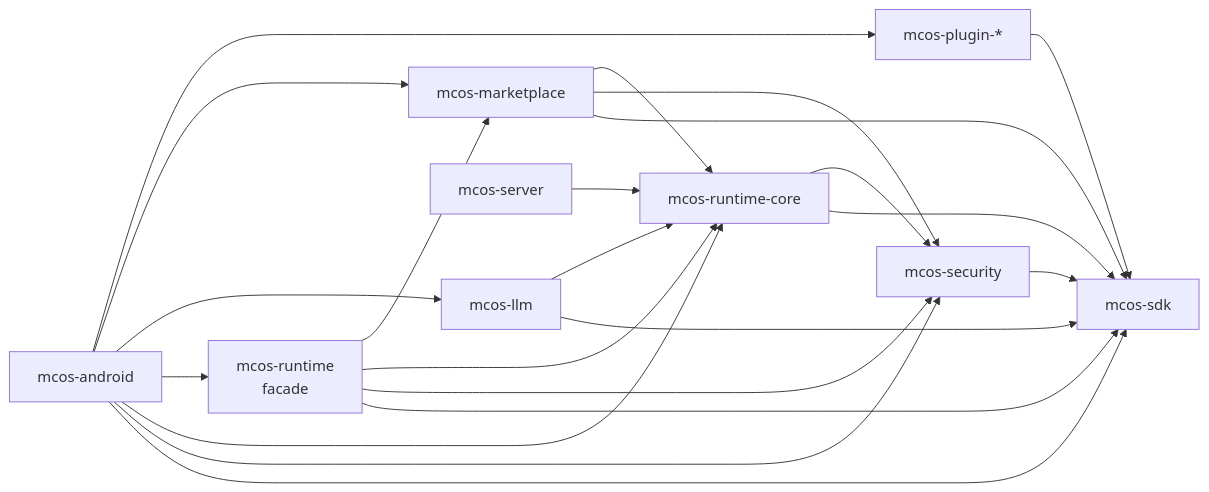
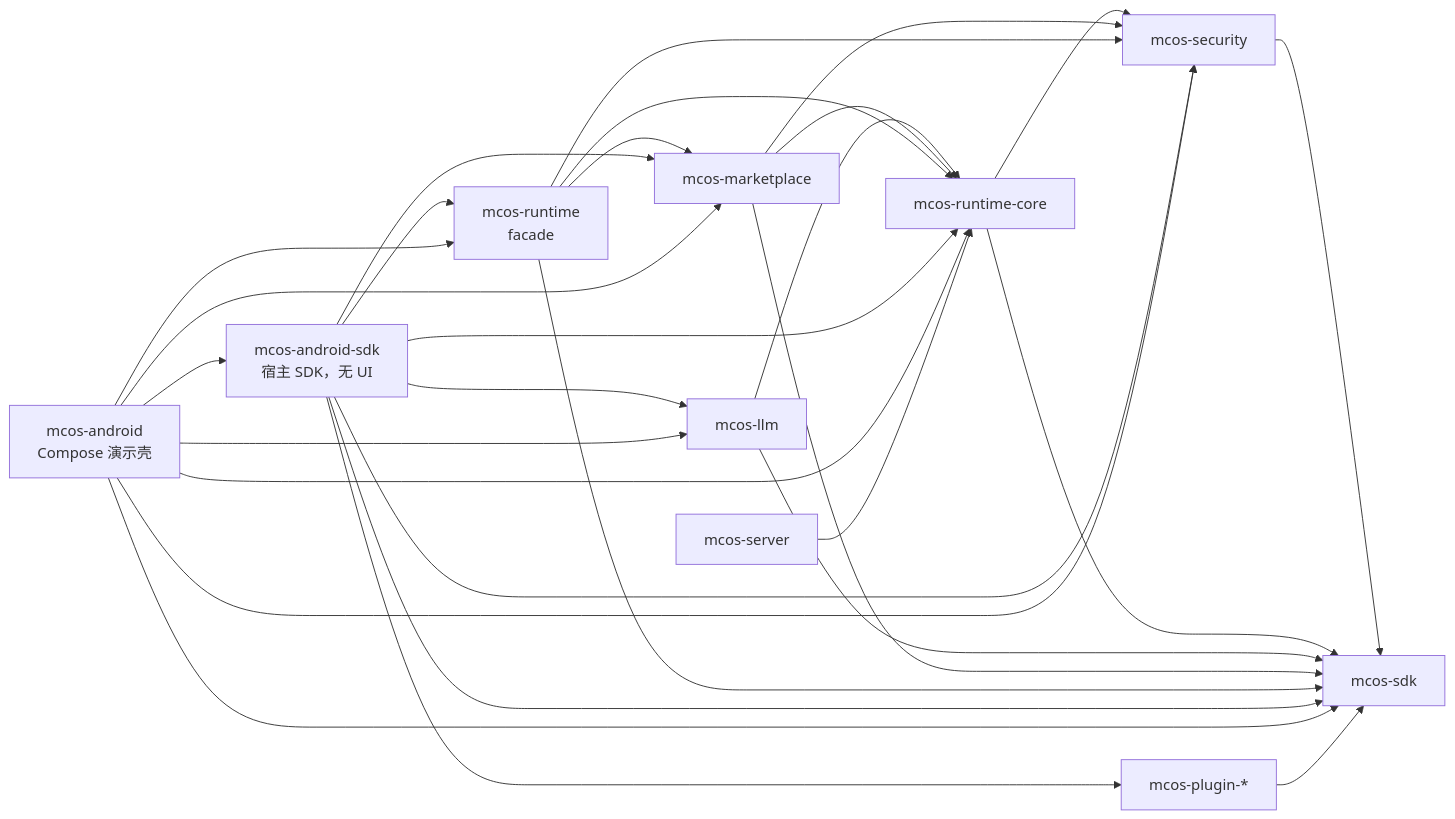
The second of 6 diagrams in docs/zh/01-architecture.md (Morainet/mcos), drawn with Mermaid before and after one commit. The commit also changed other lines of this file and 53 other files, not shown here.

First line of the commit message:
refactor(android): split mcos-android into mcos-android-sdk library + demo shell (item 39)

````diff
--- a/docs/zh/01-architecture.md
+++ b/docs/zh/01-architecture.md
@@ -133,34 +134,42 @@
 ```mermaid
 graph LR
   SDK[mcos-sdk]
   SEC[mcos-security]
   CORE[mcos-runtime-core]
   LLM[mcos-llm]
   MKT[mcos-marketplace]
   FACADE[mcos-runtime<br/>facade]
-  AND[mcos-android]
+  ASDK[mcos-android-sdk<br/>宿主 SDK，无 UI]
+  AND[mcos-android<br/>Compose 演示壳]
   SRV[mcos-server]
   PLUGINS[mcos-plugin-*]
 
   SEC --> SDK
   CORE --> SDK
   CORE --> SEC
   LLM --> SDK
   LLM --> CORE
   MKT --> SDK
   MKT --> SEC
   MKT --> CORE
   FACADE --> SDK
   FACADE --> SEC
   FACADE --> CORE
   FACADE --> MKT
+  ASDK --> SDK
+  ASDK --> SEC
+  ASDK --> CORE
+  ASDK --> FACADE
+  ASDK --> LLM
+  ASDK --> MKT
+  ASDK --> PLUGINS
+  AND --> ASDK
   AND --> SDK
   AND --> SEC
   AND --> CORE
   AND --> FACADE
   AND --> LLM
   AND --> MKT
-  AND --> PLUGINS
   SRV --> CORE
   PLUGINS --> SDK
 ```
````
